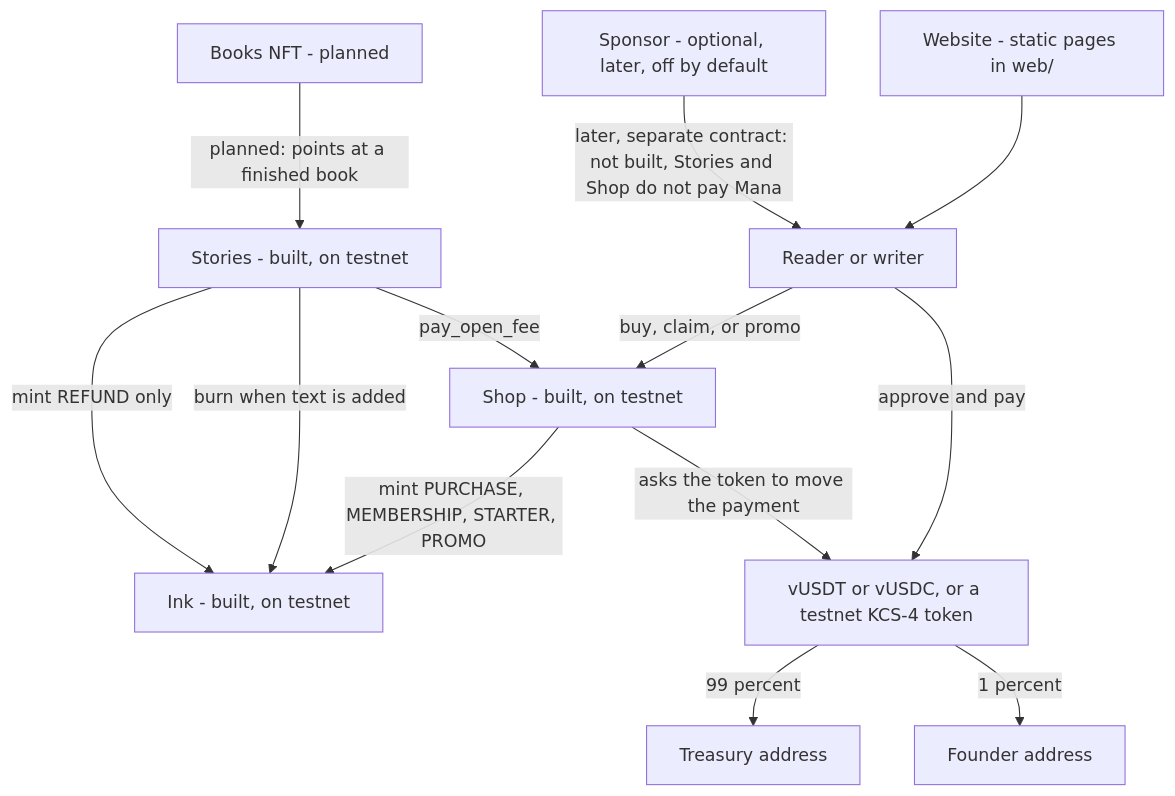
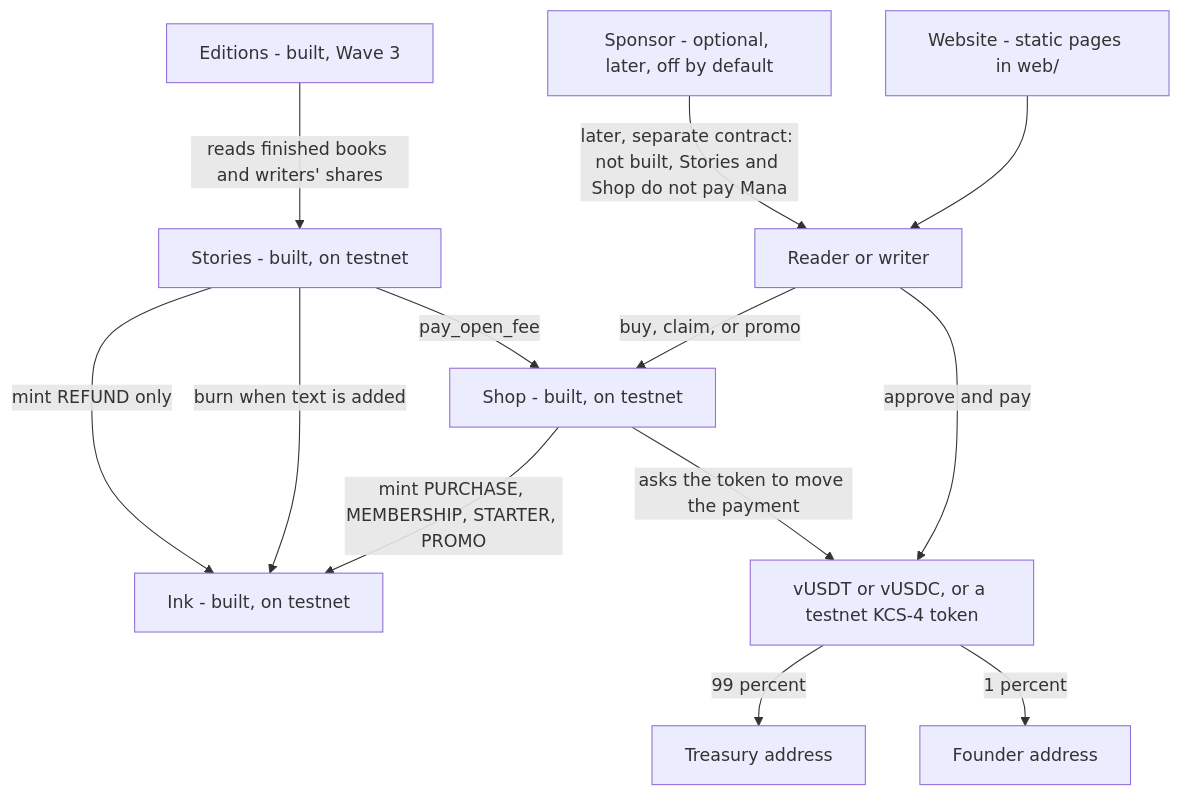
The diagram in README.md (bawcejawn/Swarmtales), drawn with Mermaid before and after one commit. The commit also changed other lines of this file and 3 other files, not shown here.

First line of the commit message:
docs: Wave 3 (editions, Reader's Cut, weekly prompts) and Editions admin powers

````diff
--- a/README.md
+++ b/README.md
@@ -82,26 +82,26 @@
 ```mermaid
 flowchart TD
   person[Reader or writer]
   site[Website - static pages in web/]
   shop[Shop - built, on testnet]
   ink[Ink - built, on testnet]
   stories[Stories - built, on testnet]
   sponsor[Sponsor - optional, later, off by default]
-  nft[Books NFT - planned]
+  nft[Editions - built, Wave 3]
   token[vUSDT or vUSDC, or a testnet KCS-4 token]
   treasury[Treasury address]
   founder[Founder address]
 
   site --> person
   person -->|approve and pay| token
   person -->|buy, claim, or promo| shop
   token -->|99 percent| treasury
   token -->|1 percent| founder
   shop -->|asks the token to move the payment| token
   shop -->|mint PURCHASE, MEMBERSHIP, STARTER, PROMO| ink
   stories -->|pay_open_fee| shop
   stories -->|burn when text is added| ink
   stories -->|mint REFUND only| ink
-  nft -->|planned: points at a finished book| stories
+  nft -->|reads finished books and writers' shares| stories
   sponsor -->|later, separate contract: not built, Stories and Shop do not pay Mana| person
 ```
````
